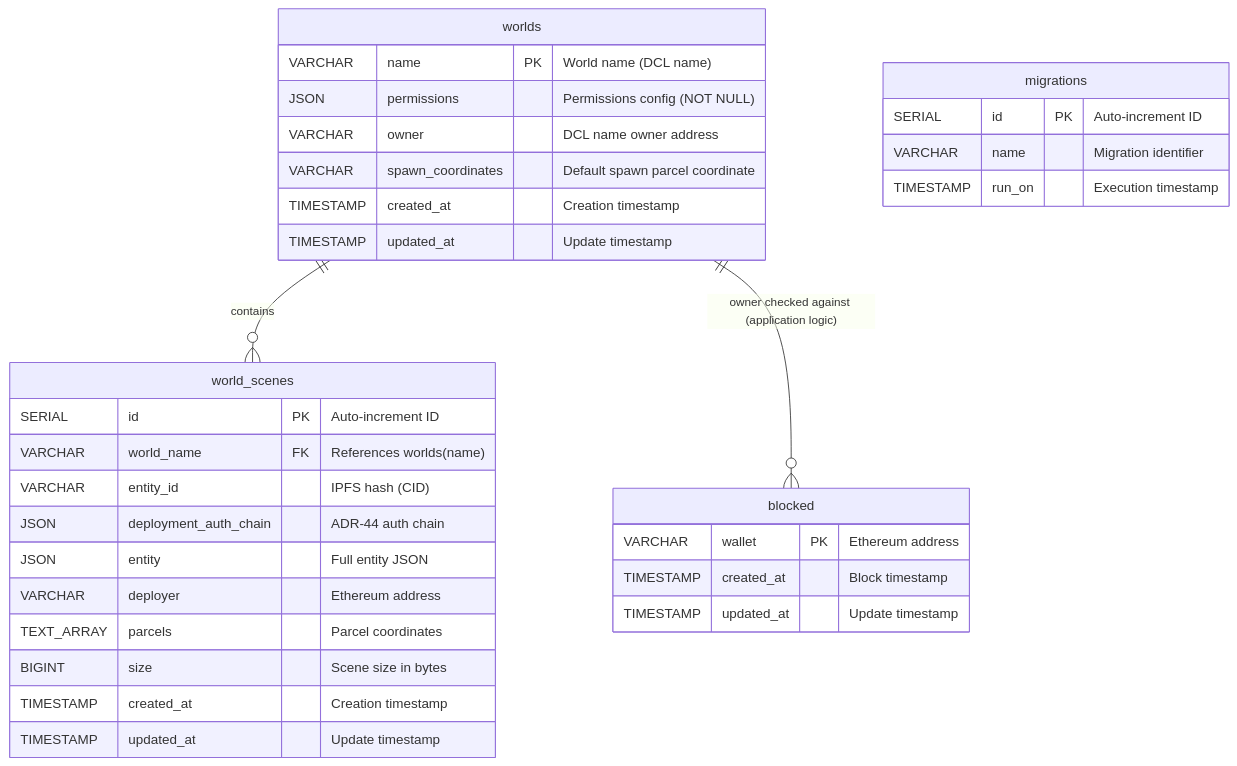
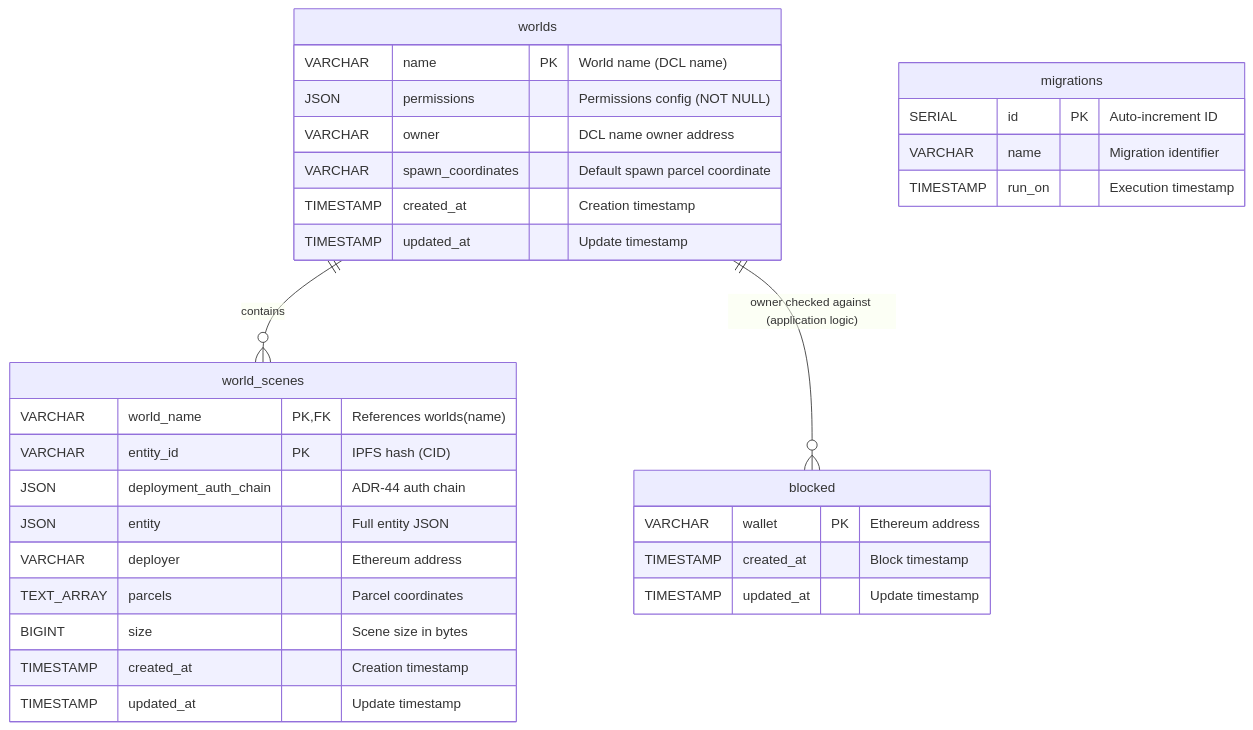
The diagram in docs/database-schema.md (decentraland/worlds-content-server), drawn with Mermaid before and after one commit. The commit also changed other lines of this file and 4 other files, not shown here.

````diff
--- a/docs/database-schema.md
+++ b/docs/database-schema.md
@@ -18,39 +18,38 @@
 ```mermaid
 erDiagram
     worlds {
         VARCHAR name PK "World name (DCL name)"
         JSON permissions "Permissions config (NOT NULL)"
         VARCHAR owner "DCL name owner address"
         VARCHAR spawn_coordinates "Default spawn parcel coordinate"
         TIMESTAMP created_at "Creation timestamp"
         TIMESTAMP updated_at "Update timestamp"
     }
 
     world_scenes {
-        SERIAL id PK "Auto-increment ID"
-        VARCHAR world_name FK "References worlds(name)"
-        VARCHAR entity_id "IPFS hash (CID)"
+        VARCHAR world_name PK,FK "References worlds(name)"
+        VARCHAR entity_id PK "IPFS hash (CID)"
         JSON deployment_auth_chain "ADR-44 auth chain"
         JSON entity "Full entity JSON"
         VARCHAR deployer "Ethereum address"
         TEXT_ARRAY parcels "Parcel coordinates"
         BIGINT size "Scene size in bytes"
         TIMESTAMP created_at "Creation timestamp"
         TIMESTAMP updated_at "Update timestamp"
     }
 
     blocked {
         VARCHAR wallet PK "Ethereum address"
         TIMESTAMP created_at "Block timestamp"
         TIMESTAMP updated_at "Update timestamp"
     }
 
     migrations {
         SERIAL id PK "Auto-increment ID"
         VARCHAR name "Migration identifier"
         TIMESTAMP run_on "Execution timestamp"
     }
 
     worlds ||--o{ world_scenes : "contains"
     worlds ||--o{ blocked : "owner checked against (application logic)"
 ```
````
